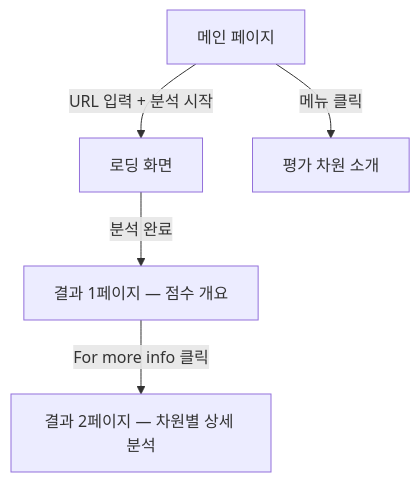
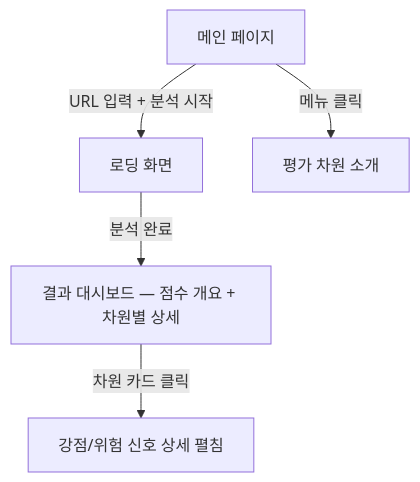
Before and after one commit to OpenSource-2026/oss-health-backend: the third of 4 diagrams in docs/proposal.md, drawn with Mermaid. The commit also changed other lines of this file, not shown here.

````diff
--- a/docs/proposal.md
+++ b/docs/proposal.md
@@ -228,7 +224,7 @@
 ```mermaid
 graph TD
     A[메인 페이지] -->|URL 입력 + 분석 시작| B[로딩 화면]
-    B -->|분석 완료| C[결과 1페이지 — 점수 개요]
-    C -->|For more info 클릭| D[결과 2페이지 — 차원별 상세 분석]
+    B -->|분석 완료| C[결과 대시보드 — 점수 개요 + 차원별 상세]
+    C -->|차원 카드 클릭| D[강점/위험 신호 상세 펼침]
     A -->|메뉴 클릭| E[평가 차원 소개]
 ```
````
